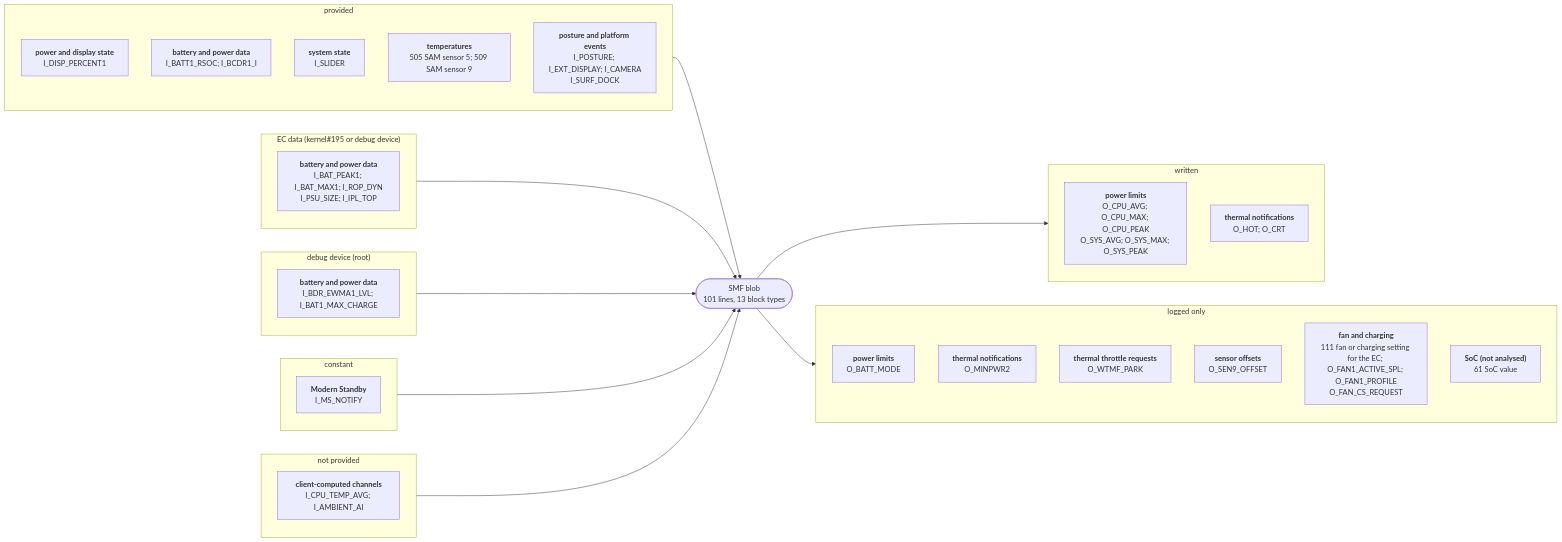
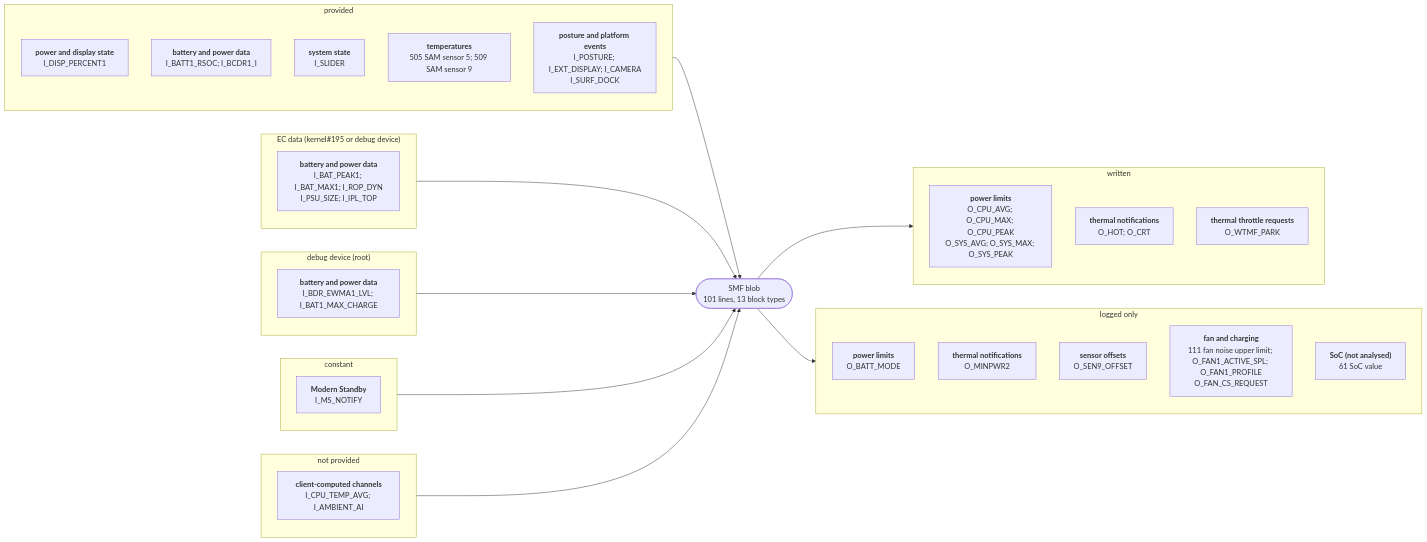
One commit to larsschellhas/linux-surface-power changed the diagram in docs/devices/surface-pro-10.md. Above: the diagram before and after it, drawn with Mermaid. The commit also changed other lines of this file and 36 other files, not shown here.

First line of the commit message:
Throttle requests through cpufreq/GPU caps; fan and charging outputs analysed

````diff
--- a/docs/devices/surface-pro-10.md
+++ b/docs/devices/surface-pro-10.md
@@ -19,42 +19,42 @@
 ```mermaid
 flowchart LR
     subgraph IN0["provided"]
         I0_1FB53D4C["<b>power and display state</b><br/>I_DISP_PERCENT1"]
         I0_28B7BD85["<b>battery and power data</b><br/>I_BATT1_RSOC; I_BCDR1_I"]
         I0_2DD6960F["<b>system state</b><br/>I_SLIDER"]
         I0_2E8B14C2["<b>temperatures</b><br/>505 SAM sensor 5; 509 SAM sensor 9"]
         I0_8060B17F["<b>posture and platform events</b><br/>I_POSTURE; I_EXT_DISPLAY; I_CAMERA<br/>I_SURF_DOCK"]
     end
     IN0 --> B
     subgraph IN1["EC data (kernel#195 or debug device)"]
         I1_28B7BD85["<b>battery and power data</b><br/>I_BAT_PEAK1; I_BAT_MAX1; I_ROP_DYN<br/>I_PSU_SIZE; I_IPL_TOP"]
     end
     IN1 --> B
     subgraph IN2["debug device (root)"]
         I2_28B7BD85["<b>battery and power data</b><br/>I_BDR_EWMA1_LVL; I_BAT1_MAX_CHARGE"]
     end
     IN2 --> B
     subgraph IN3["constant"]
         I3_DEF1AB69["<b>Modern Standby</b><br/>I_MS_NOTIFY"]
     end
     IN3 --> B
     subgraph IN4["not provided"]
         I4_87008365["<b>client-computed channels</b><br/>I_CPU_TEMP_AVG; I_AMBIENT_AI"]
     end
     IN4 --> B
     B(["SMF blob<br/>101 lines, 13 block types"])
     subgraph OUT0["written"]
         O0_0B7B5350["<b>power limits</b><br/>O_CPU_AVG; O_CPU_MAX; O_CPU_PEAK<br/>O_SYS_AVG; O_SYS_MAX; O_SYS_PEAK"]
         O0_110DF2A4["<b>thermal notifications</b><br/>O_HOT; O_CRT"]
+        O0_9BBB8910["<b>thermal throttle requests</b><br/>O_WTMF_PARK"]
     end
     B --> OUT0
     subgraph OUT1["logged only"]
         O1_0B7B5350["<b>power limits</b><br/>O_BATT_MODE"]
         O1_110DF2A4["<b>thermal notifications</b><br/>O_MINPWR2"]
-        O1_9BBB8910["<b>thermal throttle requests</b><br/>O_WTMF_PARK"]
         O1_A79674B4["<b>sensor offsets</b><br/>O_SEN9_OFFSET"]
-        O1_B620798F["<b>fan and charging</b><br/>111 fan or charging setting for the EC; O_FAN1_ACTIVE_SPL; O_FAN1_PROFILE<br/>O_FAN_CS_REQUEST"]
+        O1_B620798F["<b>fan and charging</b><br/>111 fan noise upper limit; O_FAN1_ACTIVE_SPL; O_FAN1_PROFILE<br/>O_FAN_CS_REQUEST"]
         O1_CF2F6076["<b>SoC (not analysed)</b><br/>61 SoC value"]
     end
     B --> OUT1
 ```
````
